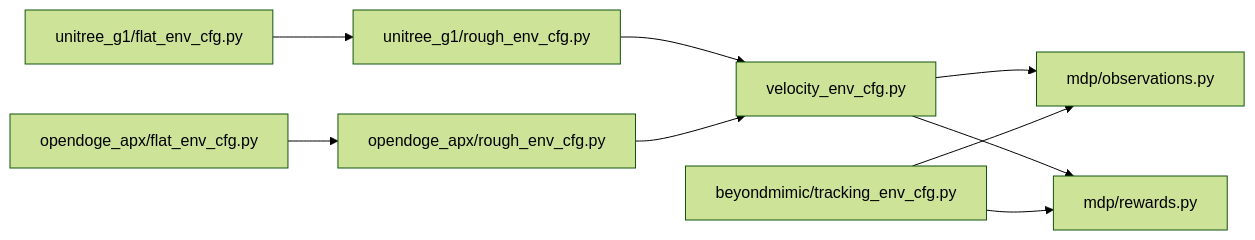
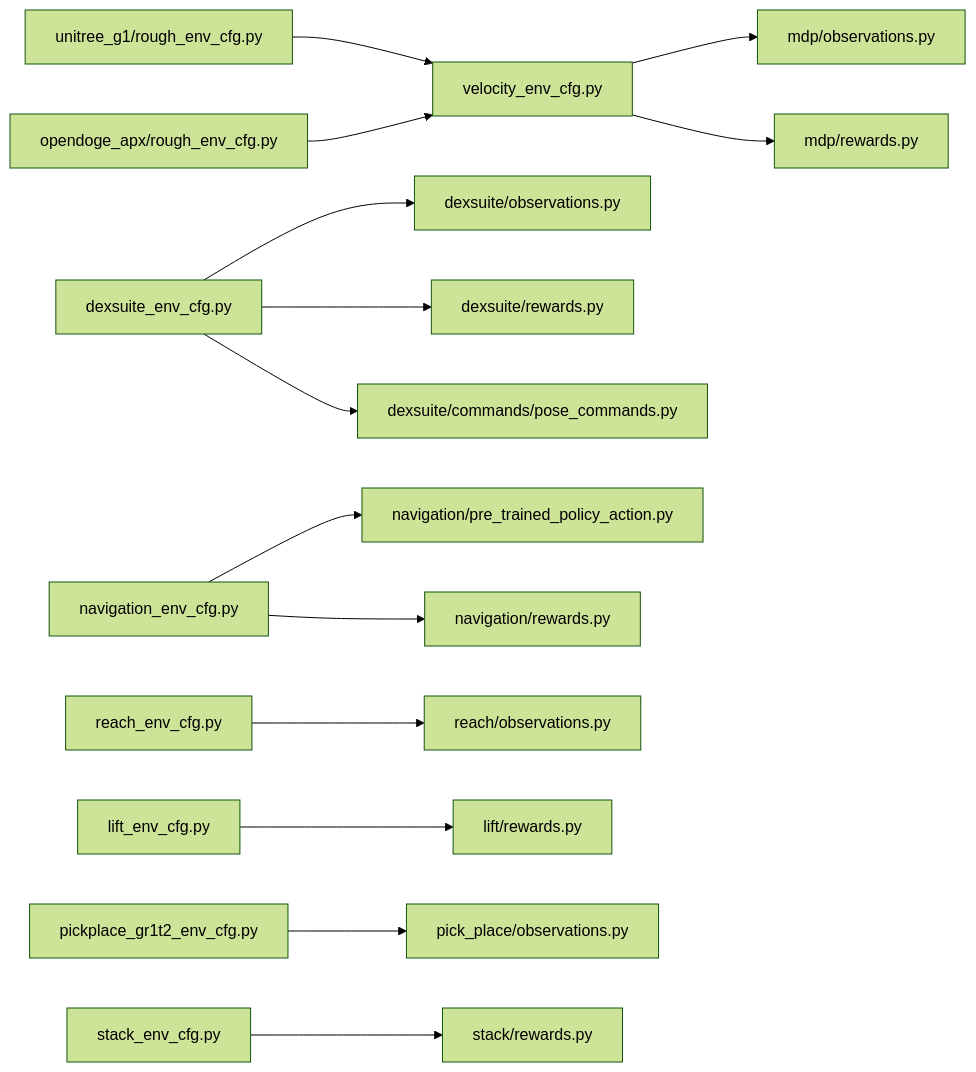
One commit to jayjayhust/robot_lab changed the ninth of 9 diagrams in .qoder/repowiki/en/content/Task Configuration Framework/Task Configuration Framework.md. Above: the diagram before and after it, drawn with Mermaid (forest theme). The commit also changed other lines of this file and 34 other files, not shown here.

````diff
--- a/.qoder/repowiki/en/content/Task Configuration Framework/Task Configuration Framework.md
+++ b/.qoder/repowiki/en/content/Task Configuration Framework/Task Configuration Framework.md
@@ -302,11 +433,16 @@
 ```mermaid
 graph LR
 VCFG["velocity_env_cfg.py"] --> OBS["mdp/observations.py"]
 VCFG --> REW["mdp/rewards.py"]
+DEX["dexsuite_env_cfg.py"] --> DEX_OBS["dexsuite/observations.py"]
+DEX --> DEX_REW["dexsuite/rewards.py"]
+DEX --> DEX_CMD["dexsuite/commands/pose_commands.py"]
+NAV["navigation_env_cfg.py"] --> NAV_ACT["navigation/pre_trained_policy_action.py"]
+NAV --> NAV_REW["navigation/rewards.py"]
+REACH["reach_env_cfg.py"] --> REACH_OBS["reach/observations.py"]
+LIFT["lift_env_cfg.py"] --> LIFT_REW["lift/rewards.py"]
+PICKPLACE["pickplace_gr1t2_env_cfg.py"] --> PICKPLACE_OBS["pick_place/observations.py"]
+STACK["stack_env_cfg.py"] --> STACK_REW["stack/rewards.py"]
 UGR["unitree_g1/rough_env_cfg.py"] --> VCFG
-UGF["unitree_g1/flat_env_cfg.py"] --> UGR
 OAR["opendoge_apx/rough_env_cfg.py"] --> VCFG
-OAF["opendoge_apx/flat_env_cfg.py"] --> OAR
-BM["beyondmimic/tracking_env_cfg.py"] --> OBS
-BM --> REW
 ```
````
